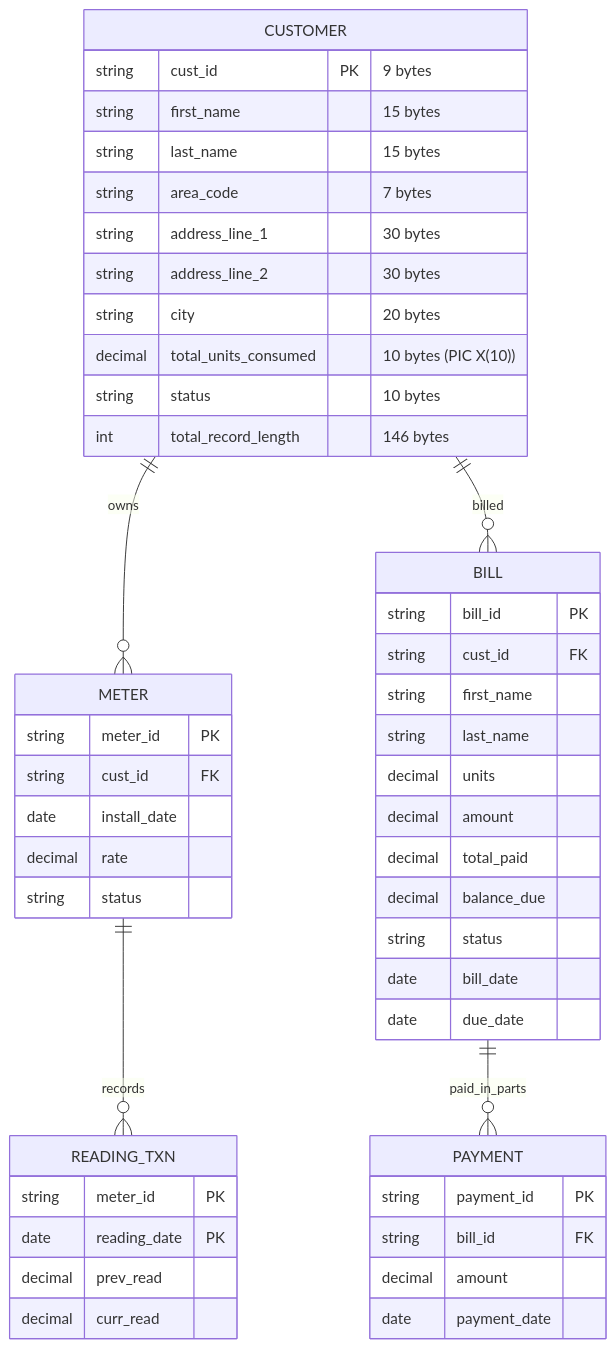
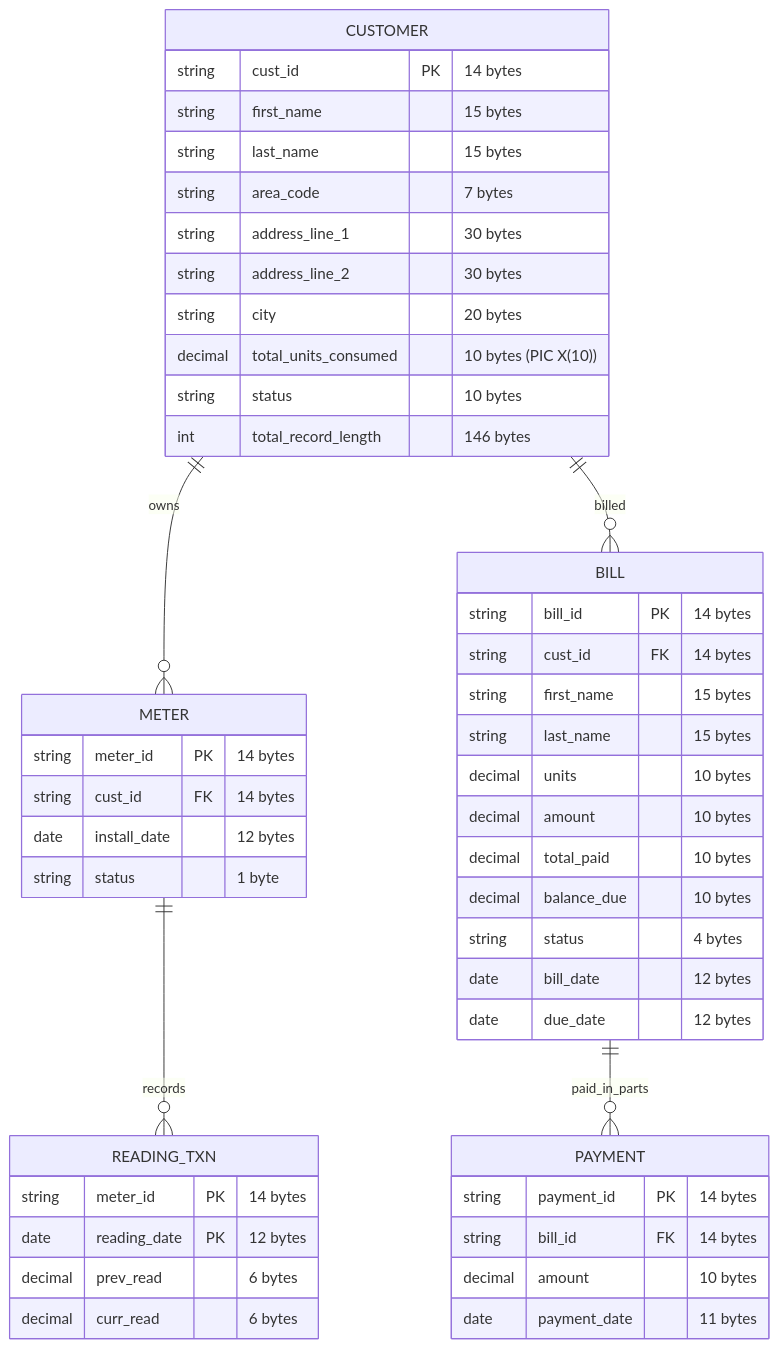
The diagram in readme.md (Harman8815/Electricity), drawn with Mermaid before and after one commit. The commit also changed other lines of this file and 2 other files, not shown here.

Commit message:
Commit all remaining changes including documentation updates

````diff
--- a/readme.md
+++ b/readme.md
@@ -30,57 +30,56 @@
-```mermaid 
+```mermaid
 erDiagram
 
-CUSTOMER {  
-string cust_id PK "9 bytes"  
-string first_name "15 bytes"  
-string last_name "15 bytes"  
-string area_code "7 bytes"  
-string address_line_1 "30 bytes"  
-string address_line_2 "30 bytes"  
-string city "20 bytes"  
-decimal total_units_consumed "10 bytes (PIC X(10))"  
-string status "10 bytes"  
-int total_record_length "146 bytes"  
+CUSTOMER {
+    string cust_id PK "14 bytes"
+    string first_name "15 bytes"
+    string last_name "15 bytes"
+    string area_code "7 bytes"
+    string address_line_1 "30 bytes"
+    string address_line_2 "30 bytes"
+    string city "20 bytes"
+    decimal total_units_consumed "10 bytes (PIC X(10))"
+    string status "10 bytes"
+    int total_record_length "146 bytes"
 }
 
 METER {
-    string meter_id PK
-    string cust_id FK
-    date install_date
-    decimal rate
-    string status
+    string meter_id PK "14 bytes"
+    string cust_id FK "14 bytes"
+    date install_date "12 bytes"
+    string status "1 byte"
 }
 
 READING_TXN {
-    string meter_id PK
-    date reading_date PK
-    decimal prev_read
-    decimal curr_read
+    string meter_id PK "14 bytes"
+    date reading_date PK "12 bytes"
+    decimal prev_read "6 bytes"
+    decimal curr_read "6 bytes"
 }
 
 BILL {
-    string bill_id PK
-    string cust_id FK
-    string first_name
-    string last_name
-    decimal units
-    decimal amount
-    decimal total_paid
-    decimal balance_due
-    string status
-    date bill_date
-    date due_date
+    string bill_id PK "14 bytes"
+    string cust_id FK "14 bytes"
+    string first_name "15 bytes"
+    string last_name "15 bytes"
+    decimal units "10 bytes"
+    decimal amount "10 bytes"
+    decimal total_paid "10 bytes"
+    decimal balance_due "10 bytes"
+    string status "4 bytes"
+    date bill_date "12 bytes"
+    date due_date "12 bytes"
 }
 
 PAYMENT {
-    string payment_id PK
-    string bill_id FK
-    decimal amount
-    date payment_date
+    string payment_id PK "14 bytes"
+    string bill_id FK "14 bytes"
+    decimal amount "10 bytes"
+    date payment_date "11 bytes"
 }
 
 CUSTOMER ||--o{ METER : owns
 METER ||--o{ READING_TXN : records
 CUSTOMER ||--o{ BILL : billed
 BILL ||--o{ PAYMENT : paid_in_parts
 ```
````
